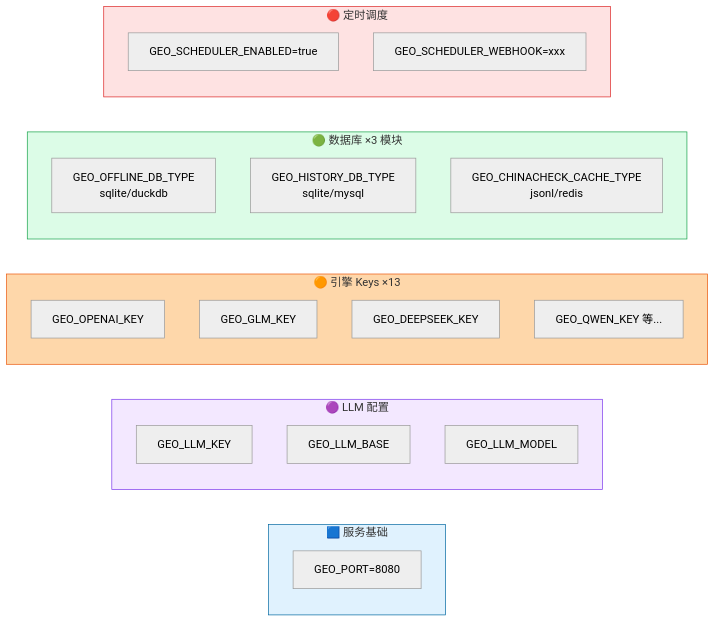
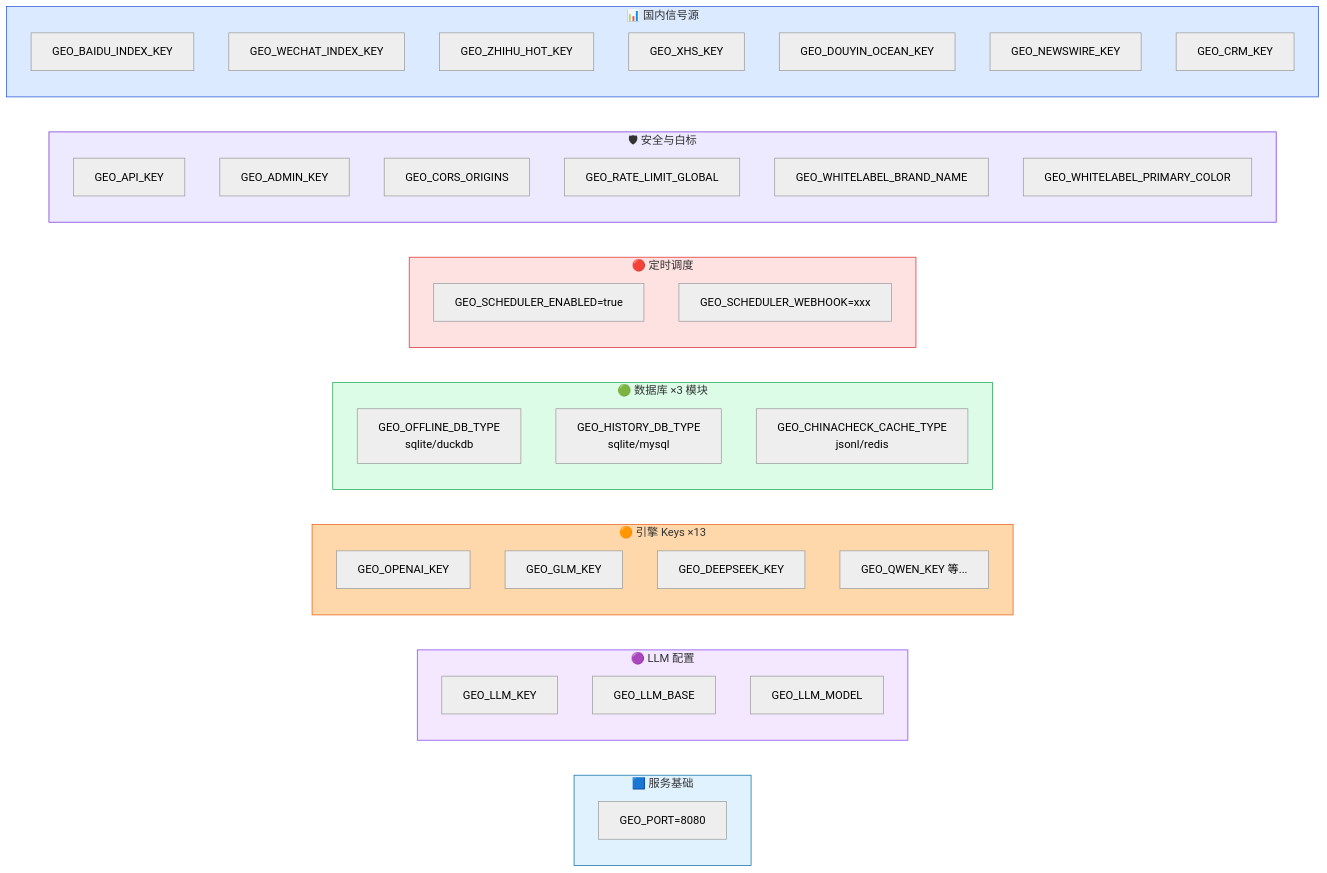
Diagram 31 of 31 in docs/architecture.md (deep2code/geo), drawn with Mermaid (neutral theme) before and after one commit. The commit also changed other lines of this file and 29 other files, not shown here.

````diff
--- a/docs/architecture.md
+++ b/docs/architecture.md
@@ -835,36 +860,57 @@
 ```mermaid
 graph LR
     subgraph 基础["🟦 服务基础"]
         PORT["GEO_PORT=8080"]
     end
 
     subgraph LLM["🟣 LLM 配置"]
         K["GEO_LLM_KEY"]
         B["GEO_LLM_BASE"]
         M["GEO_LLM_MODEL"]
     end
 
     subgraph Engines["🟠 引擎 Keys ×13"]
         K1["GEO_OPENAI_KEY"]
         K2["GEO_GLM_KEY"]
         K3["GEO_DEEPSEEK_KEY"]
         K4["GEO_QWEN_KEY 等..."]
     end
 
     subgraph DBs["🟢 数据库 ×3 模块"]
         OT["GEO_OFFLINE_DB_TYPE<br/>sqlite/duckdb"]
         HT["GEO_HISTORY_DB_TYPE<br/>sqlite/mysql"]
         CT["GEO_CHINACHECK_CACHE_TYPE<br/>jsonl/redis"]
     end
 
     subgraph 调度["🔴 定时调度"]
         SE["GEO_SCHEDULER_ENABLED=true"]
         WK["GEO_SCHEDULER_WEBHOOK=xxx"]
     end
 
+    subgraph 安全白标["🛡 安全与白标"]
+        AK["GEO_API_KEY"]
+        ADM["GEO_ADMIN_KEY"]
+        CO["GEO_CORS_ORIGINS"]
+        RL["GEO_RATE_LIMIT_GLOBAL"]
+        WB["GEO_WHITELABEL_BRAND_NAME"]
+        WC["GEO_WHITELABEL_PRIMARY_COLOR"]
+    end
+
+    subgraph 国内信号["📊 国内信号源"]
+        BI["GEO_BAIDU_INDEX_KEY"]
+        WI["GEO_WECHAT_INDEX_KEY"]
+        ZH["GEO_ZHIHU_HOT_KEY"]
+        XH["GEO_XHS_KEY"]
+        DY["GEO_DOUYIN_OCEAN_KEY"]
+        NW["GEO_NEWSWIRE_KEY"]
+        CR["GEO_CRM_KEY"]
+    end
+
     style 基础 fill:#e0f2fe,stroke:#0369a1
     style LLM fill:#f3e8ff,stroke:#7c3aed
     style Engines fill:#fed7aa,stroke:#ea580c
     style DBs fill:#dcfce7,stroke:#16a34a
     style 调度 fill:#fee2e2,stroke:#dc2626
+    style 安全白标 fill:#ede9fe,stroke:#6d28d9
+    style 国内信号 fill:#dbeafe,stroke:#1d4ed8
 ```
````
